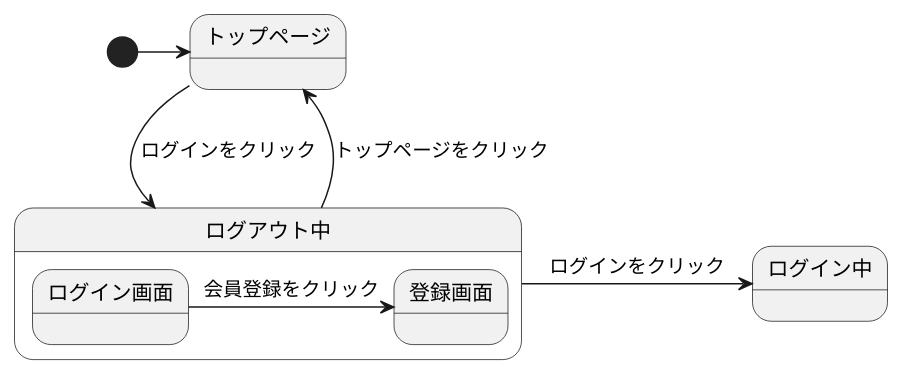
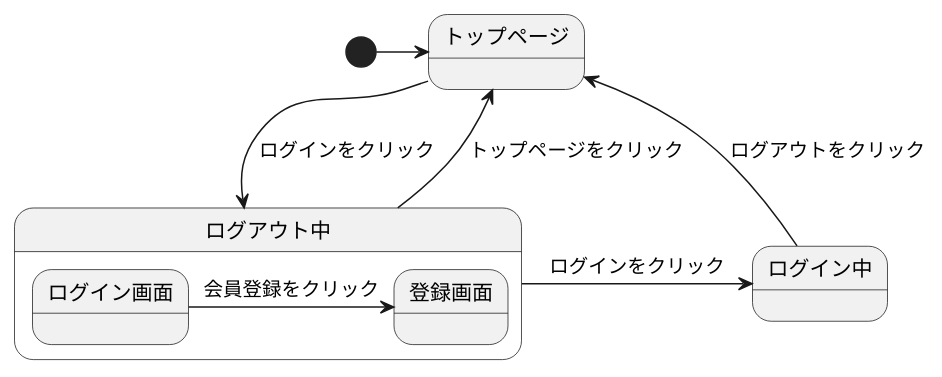
The diagram in gamen2.md (Aso2001409/2021sys-design), drawn with PlantUML before and after one commit.

````diff
--- a/gamen2.md
+++ b/gamen2.md
@@ -1,14 +1,15 @@
 ```uml
 @startuml
 [*]->トップページ
 トップページ-->ログアウト中 :ログインをクリック
 ログアウト中->トップページ :トップページをクリック
+ログイン中->トップページ : ログアウトをクリック
 state ログアウト中{
   ログイン画面->登録画面 :会員登録をクリック
 }
 ログアウト中->ログイン中 :ログインをクリック
 state ログイン中{
   
   }
 @enduml
 ```
````
